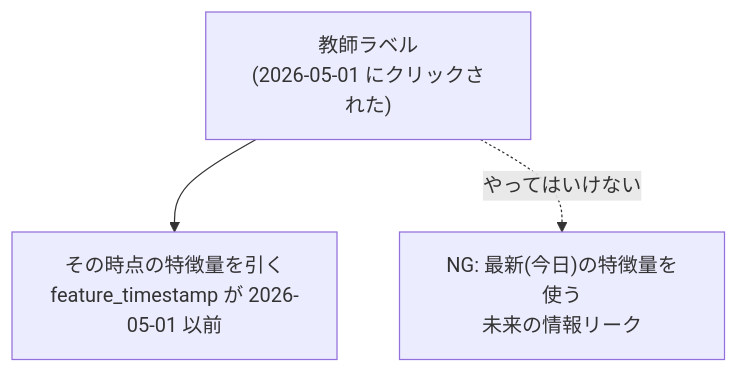
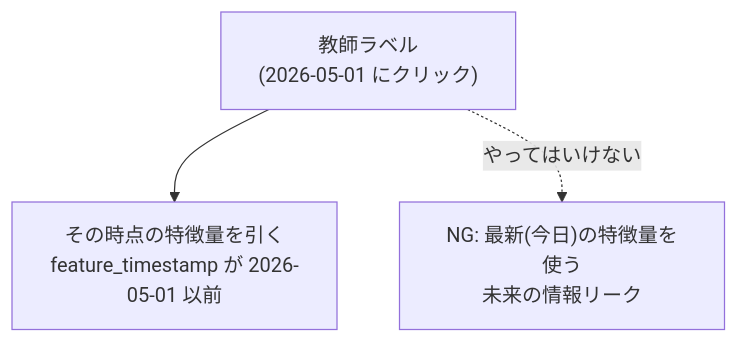
The eighth of 10 diagrams in docs/Feature-store入門.md (kurosawa-kuro/study-gcp-feature-store), drawn with Mermaid before and after one commit. The commit also changed other lines of this file and 6 other files, not shown here.

````diff
--- a/docs/Feature-store入門.md
+++ b/docs/Feature-store入門.md
@@ -227,8 +224,8 @@
 ```mermaid
-flowchart TB
-    label["教師ラベル<br/>(2026-05-01 にクリックされた)"]
+graph TB
+    label["教師ラベル<br/>(2026-05-01 にクリック)"]
     feat["その時点の特徴量を引く<br/>feature_timestamp が 2026-05-01 以前"]
     bad["NG: 最新(今日)の特徴量を使う<br/>未来の情報リーク"]
     label --> feat
     label -.->|"やってはいけない"| bad
 ```
````
